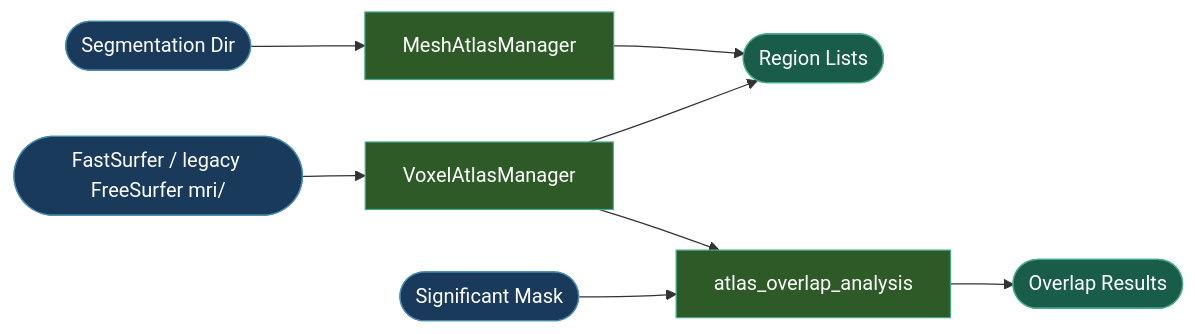
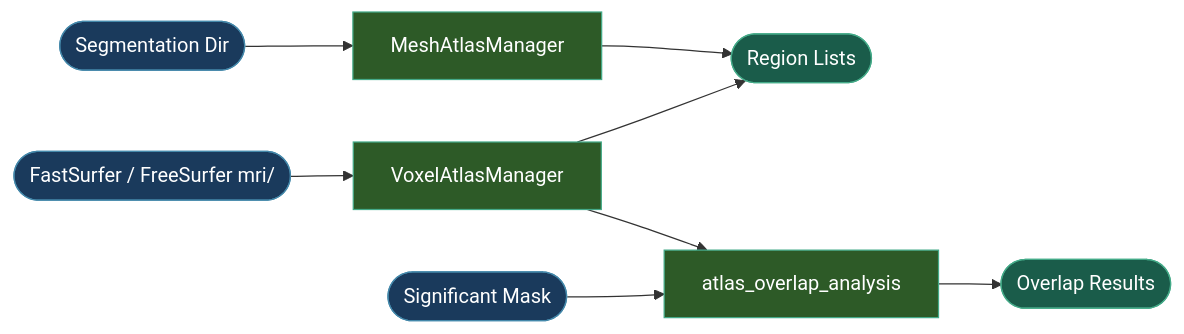
The diagram in docs/api_mkdocs/docs/pipeline/atlas.md (idossha/TI-Toolbox), drawn with Mermaid before and after one commit. The commit also changed other lines of this file and 60 other files, not shown here.

````diff
--- a/docs/api_mkdocs/docs/pipeline/atlas.md
+++ b/docs/api_mkdocs/docs/pipeline/atlas.md
@@ -5,18 +5,18 @@
 ```mermaid
 graph LR
     SEG([Segmentation Dir]) --> MESH[MeshAtlasManager]
-    FS([FastSurfer / legacy FreeSurfer mri/]) --> VOXEL[VoxelAtlasManager]
+    FS([FastSurfer / FreeSurfer mri/]) --> VOXEL[VoxelAtlasManager]
     MESH --> REGIONS([Region Lists])
     VOXEL --> REGIONS
     SIG([Significant Mask]) --> OVERLAP[atlas_overlap_analysis]
     VOXEL --> OVERLAP
     OVERLAP --> RESULTS([Overlap Results])
     style SEG fill:#1a3a5c,stroke:#48a,color:#fff
     style FS fill:#1a3a5c,stroke:#48a,color:#fff
     style SIG fill:#1a3a5c,stroke:#48a,color:#fff
     style MESH fill:#2d5a27,stroke:#4a8,color:#fff
     style VOXEL fill:#2d5a27,stroke:#4a8,color:#fff
     style OVERLAP fill:#2d5a27,stroke:#4a8,color:#fff
     style REGIONS fill:#1a5c4a,stroke:#4a8,color:#fff
     style RESULTS fill:#1a5c4a,stroke:#4a8,color:#fff
 ```
````
